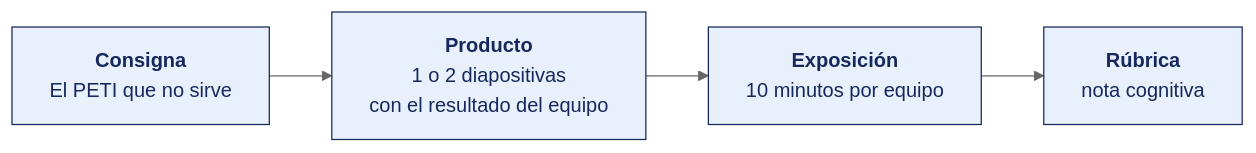
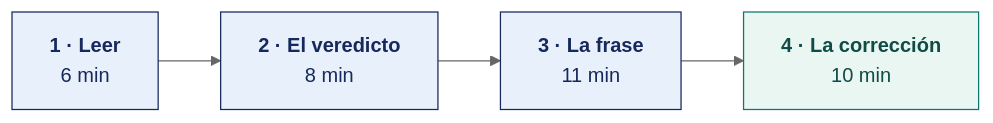
The diagram in SEMANA-01/2-DINAMICA.md (OscarJimenezFlores/PETI), drawn with Mermaid (neutral theme) before and after one commit. The commit also changed other lines of this file and 5 other files, not shown here.

````diff
--- a/SEMANA-01/2-DINAMICA.md
+++ b/SEMANA-01/2-DINAMICA.md
@@ -13,10 +28,12 @@
 ```mermaid
 flowchart LR
-    C["<b>Consigna</b><br/>El PETI que no sirve"]
-    P["<b>Producto</b><br/>1 o 2 diapositivas<br/>con el resultado del equipo"]
-    E["<b>Exposición</b><br/>10 minutos por equipo"]
-    R["<b>Rúbrica</b><br/>nota cognitiva"]
-    C --> P --> E --> R
+    P1["<b>1 · Leer</b><br/>6 min"]
+    P2["<b>2 · El veredicto</b><br/>8 min"]
+    P3["<b>3 · La frase</b><br/>11 min"]
+    P4["<b>4 · La corrección</b><br/>10 min"]
+    P1 --> P2 --> P3 --> P4
     classDef d fill:#E8F1FB,stroke:#16285C,stroke-width:1px,color:#16285C;
-    class C,P,E,R d;
+    classDef f fill:#E9F6F2,stroke:#0F766E,stroke-width:1px,color:#0F4C46;
+    class P1,P2,P3 d;
+    class P4 f;
 ```
````
